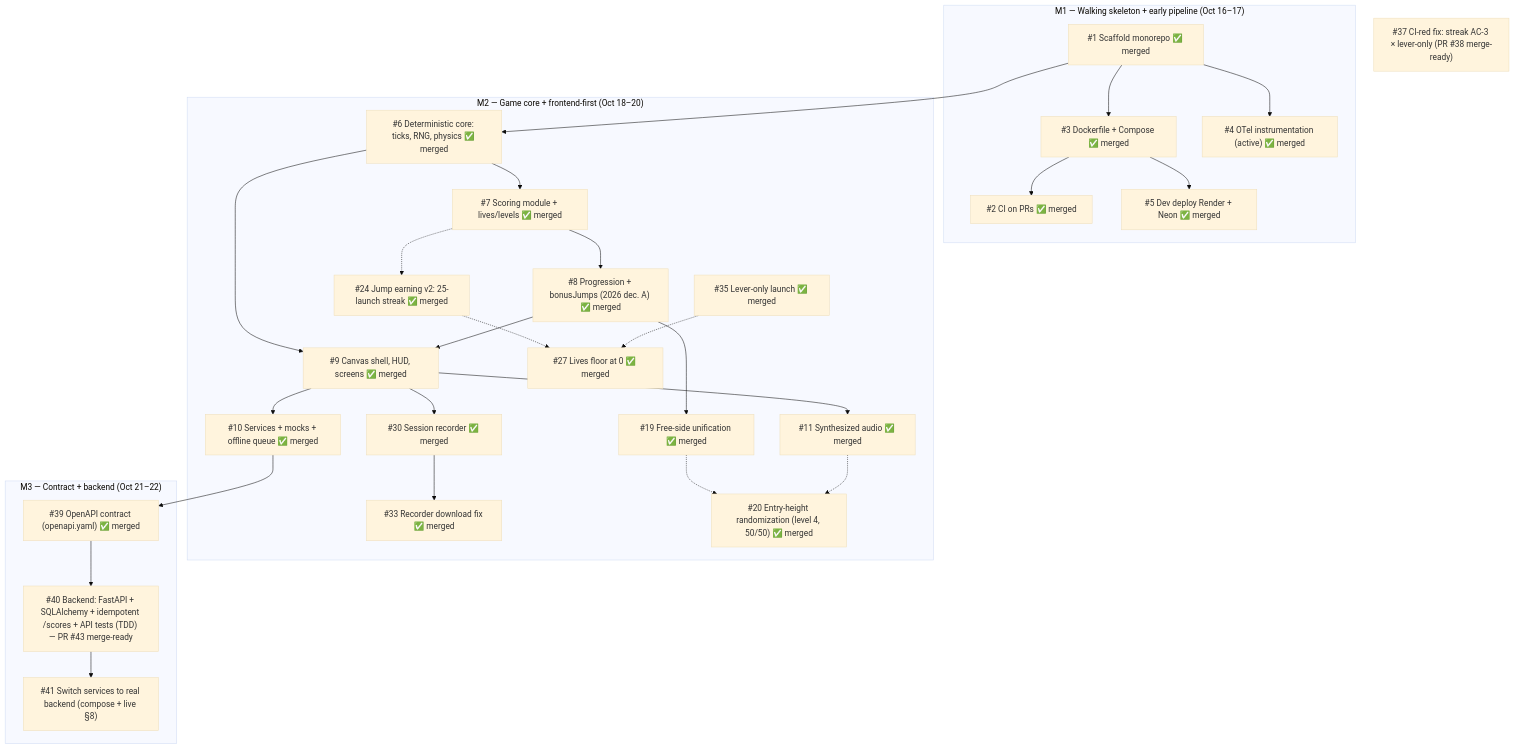
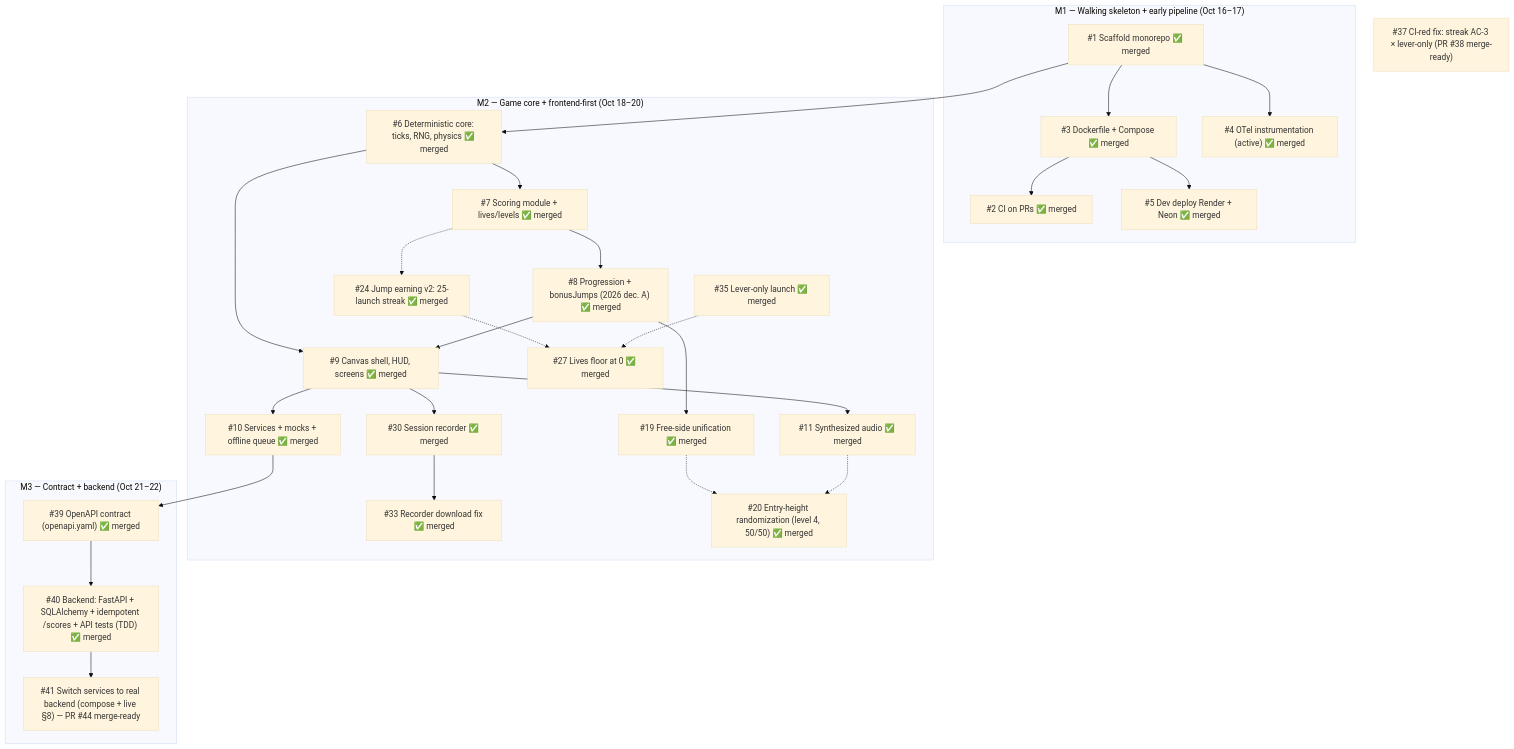
The diagram in _docs/backlog.md (lucapug/clown-circus-reloaded), drawn with Mermaid (base theme) before and after one commit. The commit also changed 1 other file, not shown here.

Commit message:
Diary: cycle #22 (issue #41, PR #44) — live §8 integration, stall recovery, vacuous-smoke lesson (engineer.md fixed); backlog map: M3 near-complete

````diff
--- a/_docs/backlog.md
+++ b/_docs/backlog.md
@@ -7,59 +7,59 @@
 ```mermaid
 graph TD
     subgraph M1["M1 — Walking skeleton + early pipeline (Oct 16–17)"]
         I1["#1 Scaffold monorepo ✅ merged"]
     I2["#2 CI on PRs ✅ merged"]
         I3["#3 Dockerfile + Compose ✅ merged"]
     I4["#4 OTel instrumentation (active) ✅ merged"]
     I5["#5 Dev deploy Render + Neon ✅ merged"]
     end
 
     subgraph M2["M2 — Game core + frontend-first (Oct 18–20)"]
         I6["#6 Deterministic core: ticks, RNG, physics ✅ merged"]
         I7["#7 Scoring module + lives/levels ✅ merged"]
         I8["#8 Progression + bonusJumps (2026 dec. A) ✅ merged"]
         I9["#9 Canvas shell, HUD, screens ✅ merged"]
     I30["#30 Session recorder ✅ merged"]
     I33["#33 Recorder download fix ✅ merged"]
         I10["#10 Services + mocks + offline queue ✅ merged"]
         I11["#11 Synthesized audio ✅ merged"]
         I19["#19 Free-side unification ✅ merged"]
         I20["#20 Entry-height randomization (level 4, 50/50) ✅ merged"]
         I24["#24 Jump earning v2: 25-launch streak ✅ merged"]
         I27["#27 Lives floor at 0 ✅ merged"]
     I35["#35 Lever-only launch ✅ merged"]
     end
 
     subgraph M3["M3 — Contract + backend (Oct 21–22)"]
         I39["#39 OpenAPI contract (openapi.yaml) ✅ merged"]
-        I40["#40 Backend: FastAPI + SQLAlchemy + idempotent /scores + API tests (TDD) — PR #43 merge-ready"]
-        I41["#41 Switch services to real backend (compose + live §8)"]
+        I40["#40 Backend: FastAPI + SQLAlchemy + idempotent /scores + API tests (TDD) ✅ merged"]
+        I41["#41 Switch services to real backend (compose + live §8) — PR #44 merge-ready"]
     end
 
     I37["#37 CI-red fix: streak AC-3 × lever-only (PR #38 merge-ready)"]
 
     I1 --> I3
     I1 --> I4
     I3 --> I2
     I3 --> I5
 
     I1 --> I6
     I6 --> I7
     I7 --> I8
     I6 --> I9
     I8 --> I9
     I9 --> I10
     I9 --> I11
     I8 --> I19
     I19 -.-> I20
     I11 -.-> I20
     I7 -.-> I24
     I9 --> I30
     I30 --> I33
     I24 -.-> I27
     I35 -.-> I27
 
     I10 --> I39
     I39 --> I40
     I40 --> I41
 ```
````
